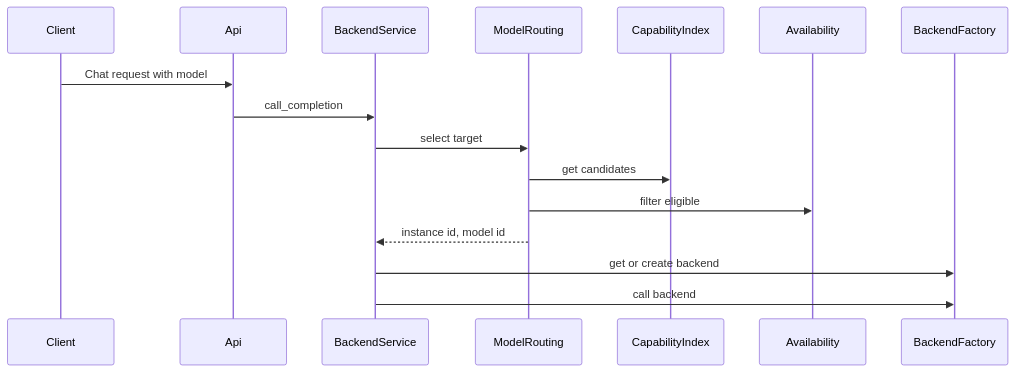
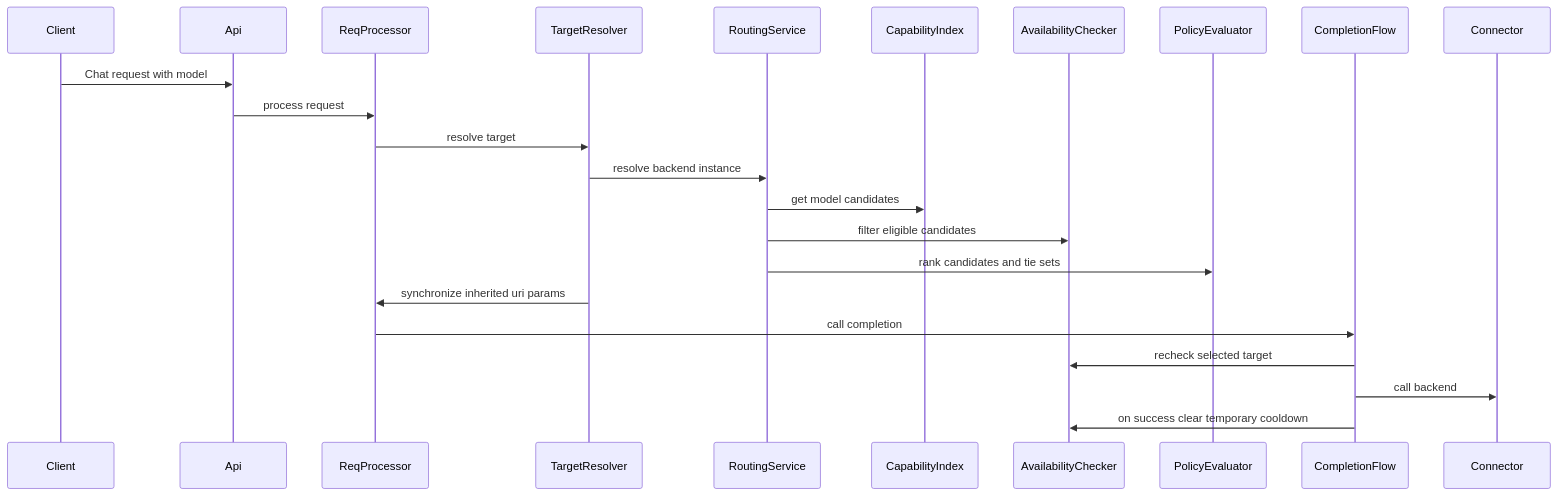
One commit to matdev83/llm-interactive-proxy changed the second of 11 diagrams in .kiro/specs/vendor-model-dynamic-routing/design.md. Above: the diagram before and after it, drawn with Mermaid. The commit also changed other lines of this file and 3 other files, not shown here.

Commit message:
chore(kiro): refresh vendor-model-dynamic-routing spec after architecture changes

````diff
--- a/.kiro/specs/vendor-model-dynamic-routing/design.md
+++ b/.kiro/specs/vendor-model-dynamic-routing/design.md
@@ -97,19 +114,26 @@
 ```mermaid
 sequenceDiagram
   participant Client
   participant Api
-  participant BackendService
-  participant ModelRouting
+  participant ReqProcessor
+  participant TargetResolver
+  participant RoutingService
   participant CapabilityIndex
-  participant Availability
-  participant BackendFactory
+  participant AvailabilityChecker
+  participant PolicyEvaluator
+  participant CompletionFlow
+  participant Connector
 
   Client->>Api: Chat request with model
-  Api->>BackendService: call_completion
-  BackendService->>ModelRouting: select target
-  ModelRouting->>CapabilityIndex: get candidates
-  ModelRouting->>Availability: filter eligible
-  ModelRouting-->>BackendService: instance id, model id
-  BackendService->>BackendFactory: get or create backend
-  BackendService->>BackendFactory: call backend
+  Api->>ReqProcessor: process request
+  ReqProcessor->>TargetResolver: resolve target
+  TargetResolver->>RoutingService: resolve backend instance
+  RoutingService->>CapabilityIndex: get model candidates
+  RoutingService->>AvailabilityChecker: filter eligible candidates
+  RoutingService->>PolicyEvaluator: rank candidates and tie sets
+  TargetResolver->>ReqProcessor: synchronize inherited uri params
+  ReqProcessor->>CompletionFlow: call completion
+  CompletionFlow->>AvailabilityChecker: recheck selected target
+  CompletionFlow->>Connector: call backend
+  CompletionFlow->>AvailabilityChecker: on success clear temporary cooldown
 ```
````
